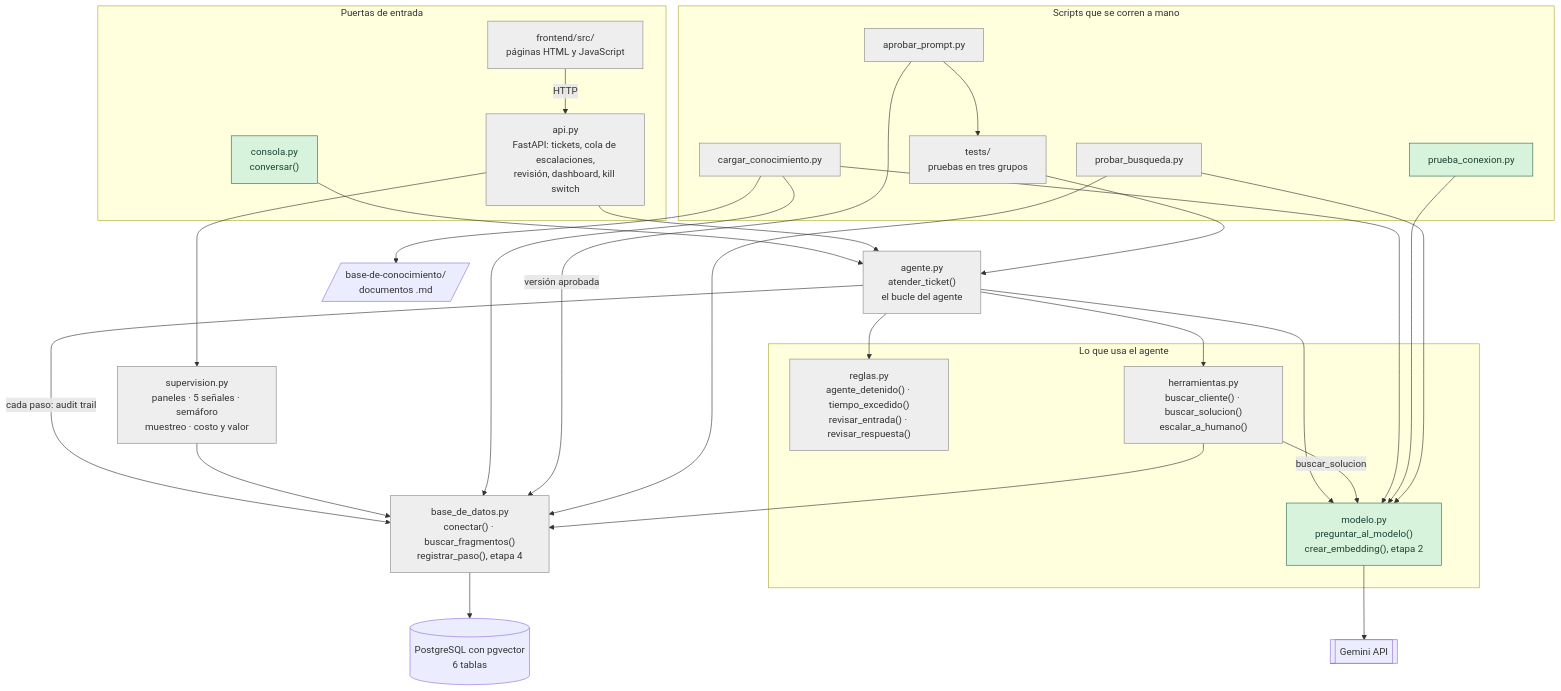
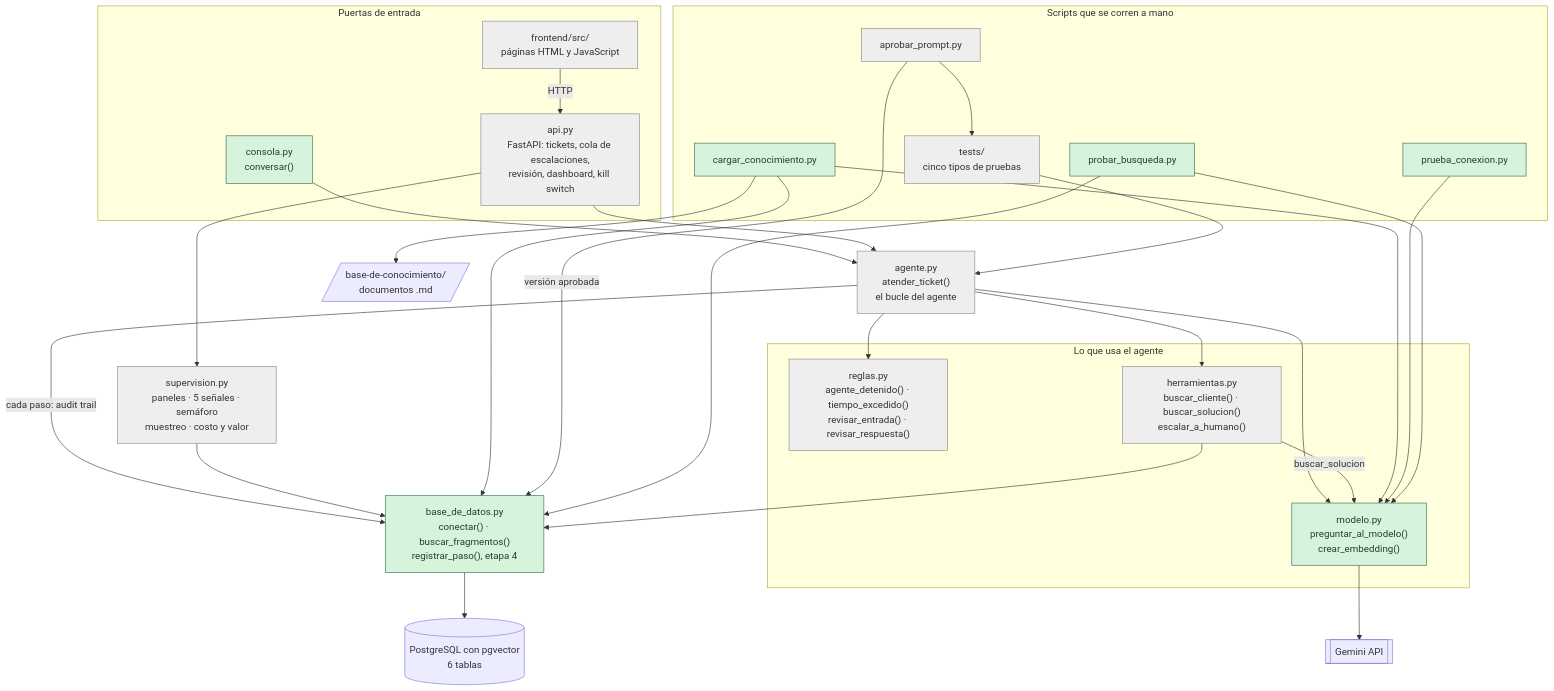
One commit to edgardo001/ai-agent-manager-estudio-aiam-certiprof-studio changed the third of 5 diagrams in estudio/proyecto-agente/agente-soporte-n1/docs/diagramas-del-codigo.md. Above: the diagram before and after it, drawn with Mermaid. The commit also changed other lines of this file and 9 other files, not shown here.

````diff
--- a/estudio/proyecto-agente/agente-soporte-n1/docs/diagramas-del-codigo.md
+++ b/estudio/proyecto-agente/agente-soporte-n1/docs/diagramas-del-codigo.md
@@ -79,59 +107,59 @@
 ```mermaid
 flowchart TD
     subgraph ENTRADAS["Puertas de entrada"]
         CON["consola.py<br/>conversar()"]
         API["api.py<br/>FastAPI: tickets, cola de escalaciones,<br/>revisión, dashboard, kill switch"]
         FRONT["frontend/src/<br/>páginas HTML y JavaScript"]
     end
 
     AGE["agente.py<br/>atender_ticket()<br/>el bucle del agente"]
 
     subgraph PIEZAS["Lo que usa el agente"]
         REG["reglas.py<br/>agente_detenido() · tiempo_excedido()<br/>revisar_entrada() · revisar_respuesta()"]
         HER["herramientas.py<br/>buscar_cliente() · buscar_solucion()<br/>escalar_a_humano()"]
-        MOD["modelo.py<br/>preguntar_al_modelo()<br/>crear_embedding(), etapa 2"]
+        MOD["modelo.py<br/>preguntar_al_modelo()<br/>crear_embedding()"]
     end
 
     SUP["supervision.py<br/>paneles · 5 señales · semáforo<br/>muestreo · costo y valor"]
     BD["base_de_datos.py<br/>conectar() · buscar_fragmentos()<br/>registrar_paso(), etapa 4"]
 
     subgraph TAREAS["Scripts que se corren a mano"]
         CAR["cargar_conocimiento.py"]
         APR["aprobar_prompt.py"]
-        TST["tests/<br/>pruebas en tres grupos"]
+        TST["tests/<br/>cinco tipos de pruebas"]
         PRU["prueba_conexion.py"]
         PBU["probar_busqueda.py"]
     end
 
     PG[("PostgreSQL con pgvector<br/>6 tablas")]
     DOCS[/"base-de-conocimiento/<br/>documentos .md"/]
     GEM[["Gemini API"]]
 
     FRONT -->|HTTP| API
     CON --> AGE
     API --> AGE
     API --> SUP
     AGE --> REG
     AGE --> HER
     AGE --> MOD
     AGE -->|cada paso: audit trail| BD
     HER --> BD
     HER -->|buscar_solucion| MOD
     SUP --> BD
     CAR --> DOCS
     CAR --> MOD
     CAR --> BD
     APR --> TST
     APR -->|versión aprobada| BD
     PRU --> MOD
     PBU --> MOD
     PBU --> BD
     TST --> AGE
     MOD --> GEM
     BD --> PG
 
     classDef existe fill:#d8f3dc,stroke:#2d6a4f,color:#1b4332
     classDef previsto fill:#eeeeee,stroke:#888888,color:#333333
-    class CON,MOD,PRU existe
-    class API,FRONT,AGE,REG,HER,SUP,BD,CAR,APR,TST,PBU previsto
+    class CON,MOD,PRU,BD,CAR,PBU existe
+    class API,FRONT,AGE,REG,HER,SUP,APR,TST previsto
 ```
````
